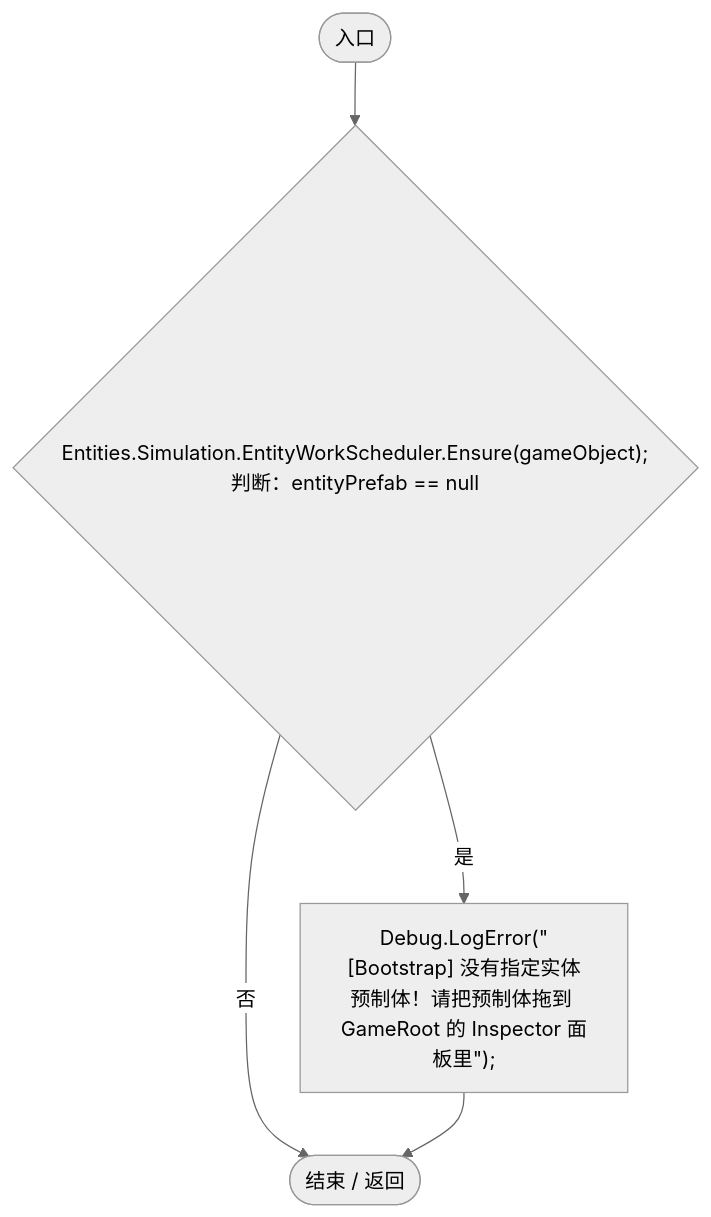
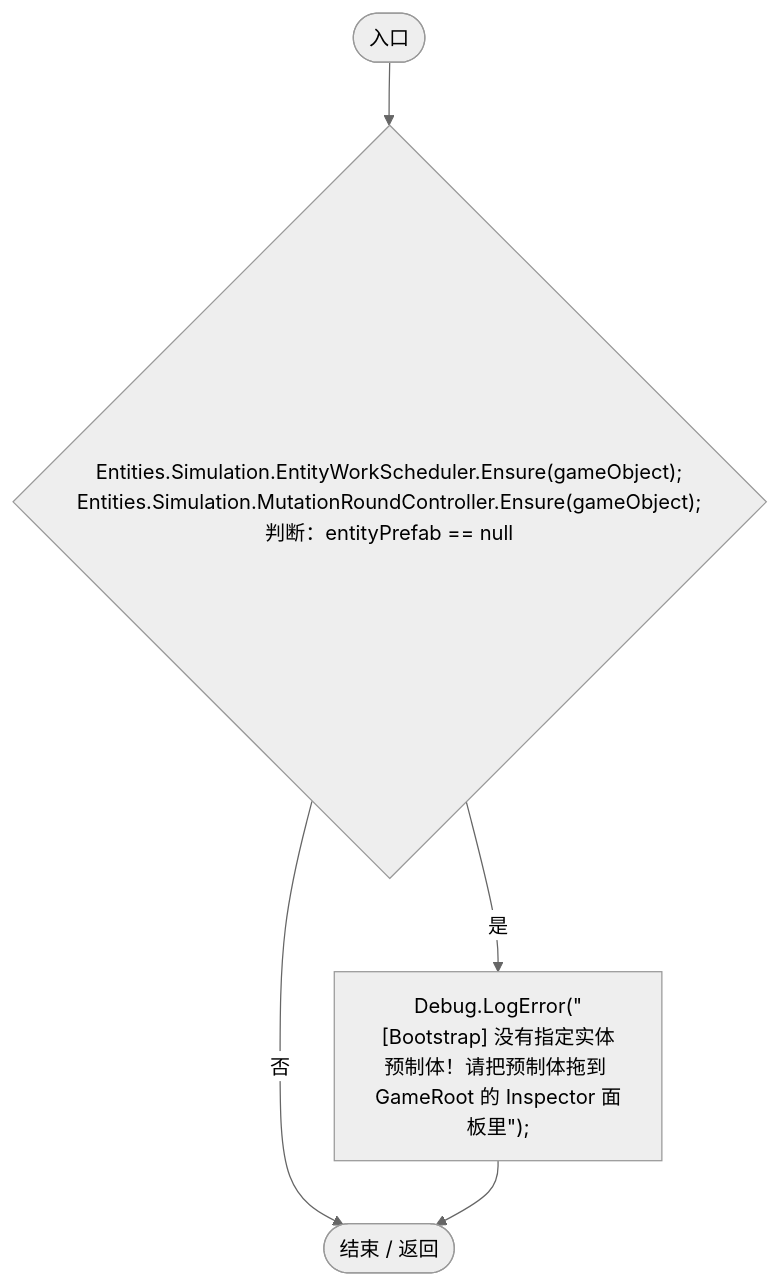
Before and after one commit to xhs6666/Darwin_paradise: the third of 4 diagrams in Docs/运行流程图/脚本/b97bb0ddbd6571c6.md, drawn with Mermaid (neutral theme). The commit also changed other lines of this file and 219 other files, not shown here.

````diff
--- a/Docs/运行流程图/脚本/b97bb0ddbd6571c6.md
+++ b/Docs/运行流程图/脚本/b97bb0ddbd6571c6.md
@@ -68,12 +68,12 @@
 ```mermaid
 flowchart TD
   b0(["入口"])
-  b1{"Entities.Simulation.EntityWorkScheduler.Ensure(gameObject);<br/>判断：entityPrefab == null"}
+  b1{"Entities.Simulation.EntityWorkScheduler.Ensure(gameObject);<br/>Entities.Simulation.MutationRoundController.Ensure(gameObject);<br/>判断：entityPrefab == null"}
   b2["Debug.LogError(&quot;[Bootstrap] 没有指定实体预制体！请把预制体拖到 GameRoot 的 Inspector 面板里&quot;);"]
   b3(["结束 / 返回"])
   b0 --> b1
   b1 -->|"是"| b2
   b1 -->|"否"| b3
   b2 --> b3
 
 ```
````
